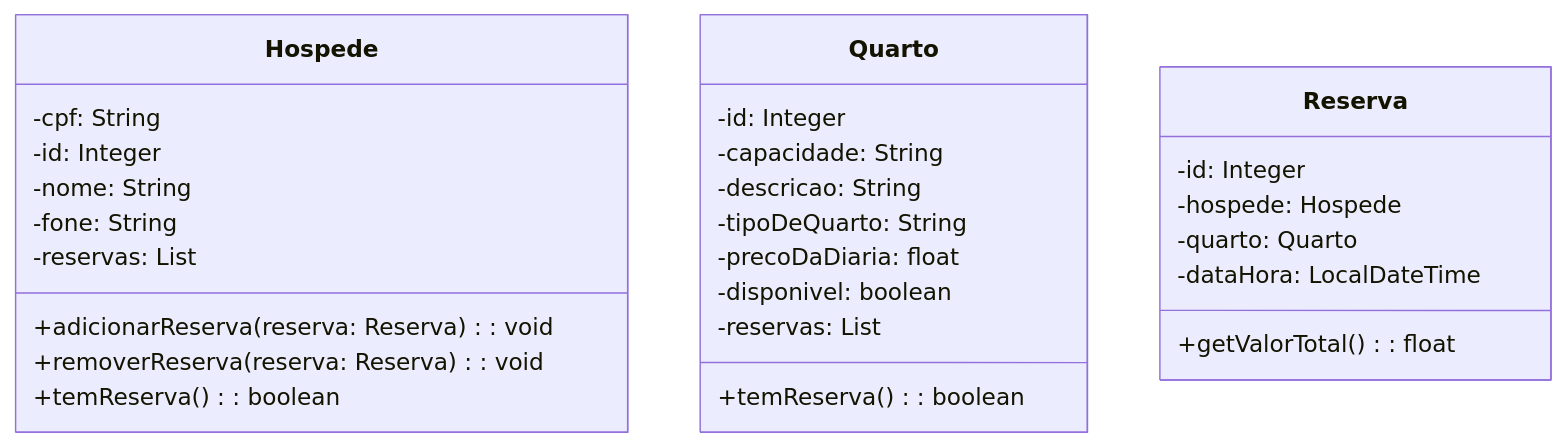
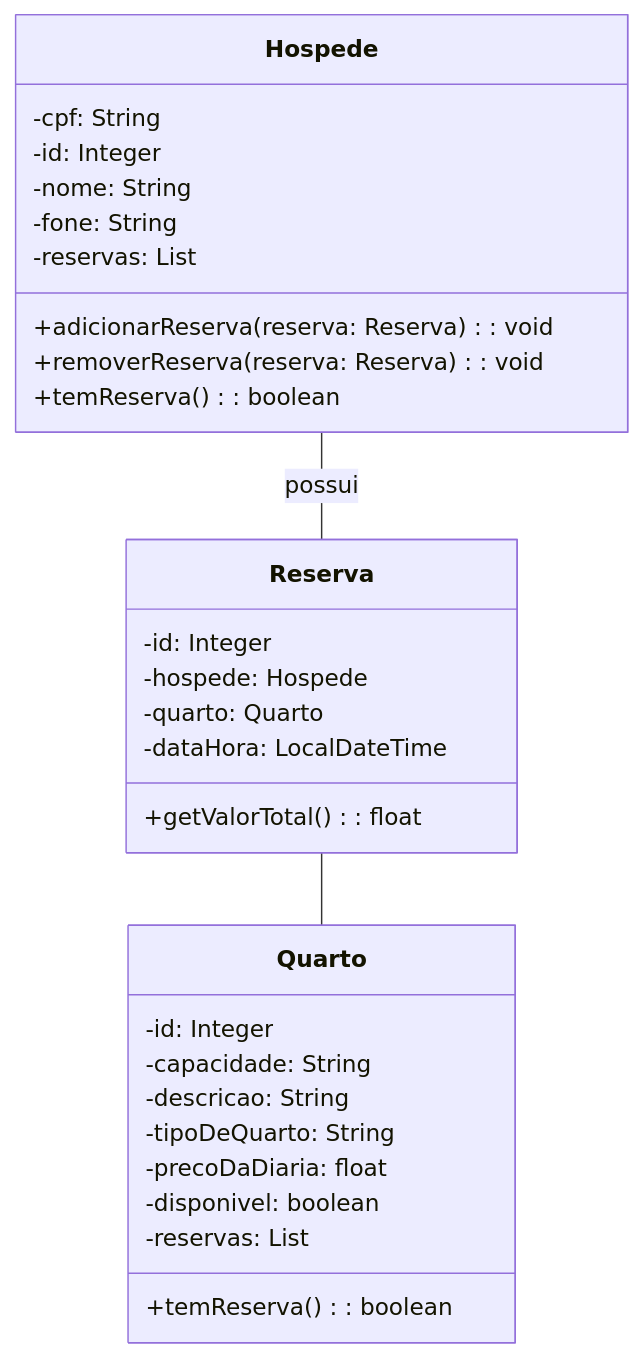
One commit to VictorCR18/GerenciamentoDeHotelv2 changed the diagram in README.md. Above: the diagram before and after it, drawn with Mermaid.

````diff
--- a/README.md
+++ b/README.md
@@ -15,36 +15,39 @@
 ```mermaid
 classDiagram
 
   class Hospede {
     -cpf: String
     -id: Integer
     -nome: String
     -fone: String
     -reservas: List<Reserva>
 
     +adicionarReserva(reserva: Reserva): void
     +removerReserva(reserva: Reserva): void
     +temReserva(): boolean
   }
 
   class Quarto {
     -id: Integer
     -capacidade: String
     -descricao: String
     -tipoDeQuarto: String
     -precoDaDiaria: float
     -disponivel: boolean
     -reservas: List<Reserva>
 
     +temReserva(): boolean
   }
 
   class Reserva {
     -id: Integer
     -hospede: Hospede
     -quarto: Quarto
     -dataHora: LocalDateTime
 
     +getValorTotal(): float
   }
+
+  Hospede -- Reserva : possui
+  Reserva -- Quarto
 ```
````
